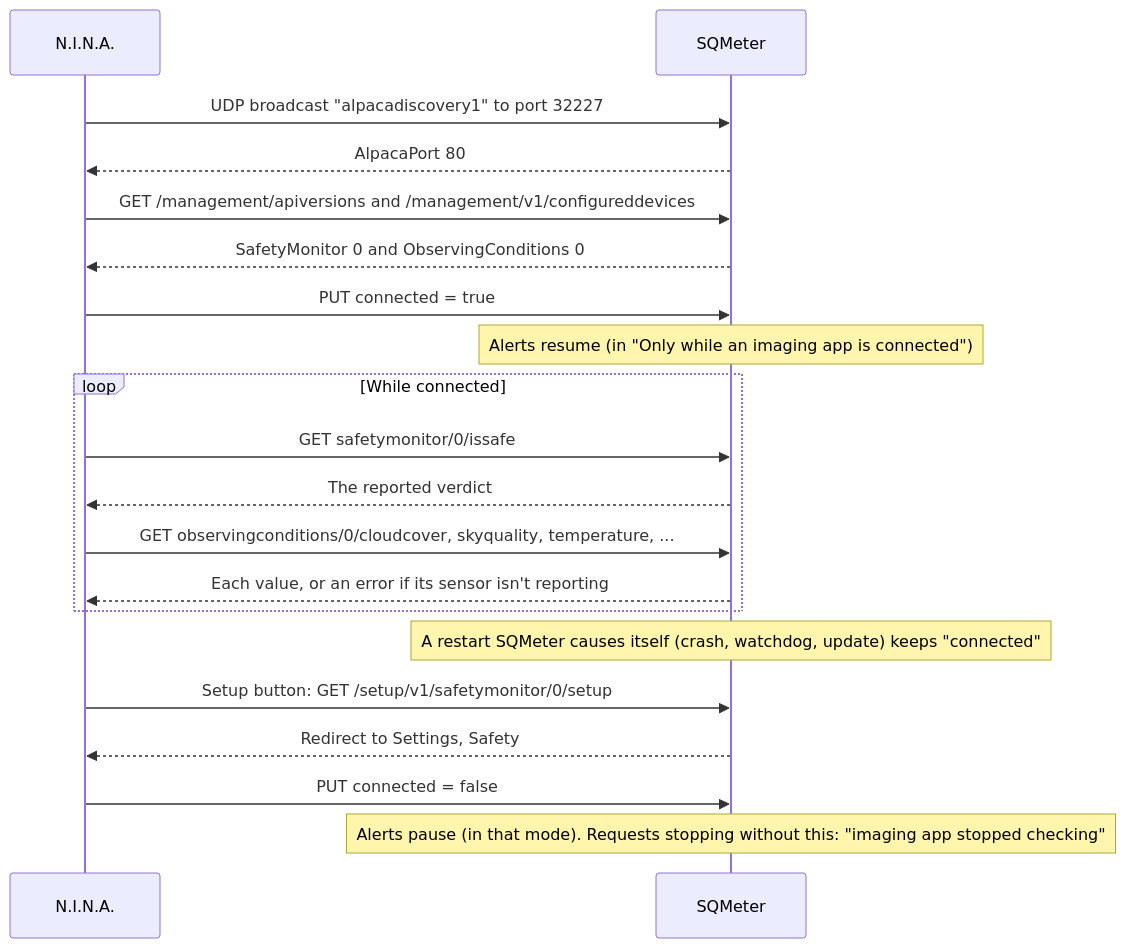
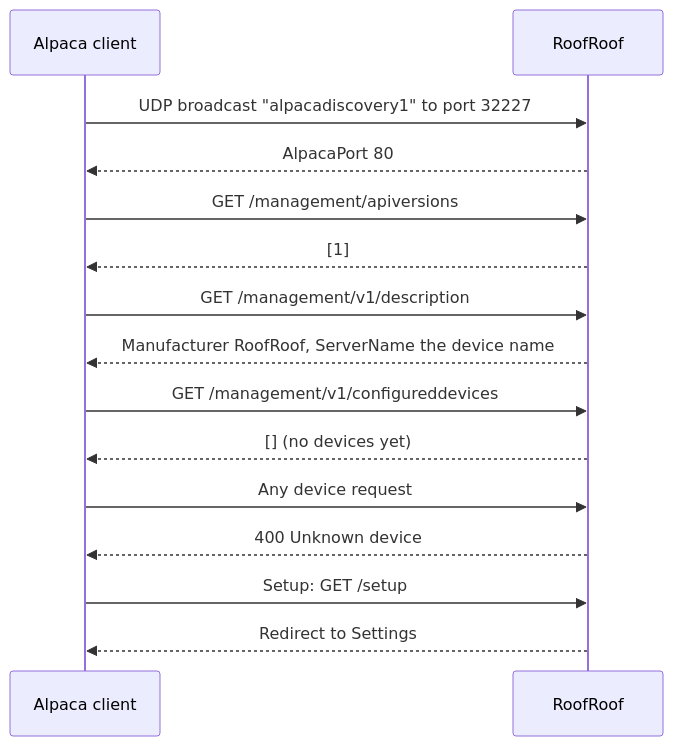
One commit to DeanJ87/RoofRoof changed the diagram in docs/user-guide/alpaca.md. Above: the diagram before and after it, drawn with Mermaid. The commit also changed other lines of this file and 285 other files, not shown here.

First line of the commit message:
001: contract schemas, i18n and checkers, docs and CI, tests and brand for RoofRoof

````diff
--- a/docs/user-guide/alpaca.md
+++ b/docs/user-guide/alpaca.md
@@ -37,24 +34,19 @@
 ```mermaid
 sequenceDiagram
-    accTitle: N.I.N.A. and SQMeter over Alpaca
-    accDescr: N.I.N.A. broadcasts a discovery request on UDP port 32227 and SQMeter answers with its port. N.I.N.A. then lists the devices through the management API, connects, and polls IsSafe and the weather properties. Its Setup button opens SQMeter's safety settings.
-    participant N as N.I.N.A.
-    participant S as SQMeter
-    N->>S: UDP broadcast "alpacadiscovery1" to port 32227
-    S-->>N: AlpacaPort 80
-    N->>S: GET /management/apiversions and /management/v1/configureddevices
-    S-->>N: SafetyMonitor 0 and ObservingConditions 0
-    N->>S: PUT connected = true
-    Note over S: Alerts resume (in "Only while an imaging app is connected")
-    loop While connected
-        N->>S: GET safetymonitor/0/issafe
-        S-->>N: The reported verdict
-        N->>S: GET observingconditions/0/cloudcover, skyquality, temperature, ...
-        S-->>N: Each value, or an error if its sensor isn't reporting
-    end
-    Note over S: A restart SQMeter causes itself (crash, watchdog, update) keeps "connected"
-    N->>S: Setup button: GET /setup/v1/safetymonitor/0/setup
-    S-->>N: Redirect to Settings, Safety
-    N->>S: PUT connected = false
-    Note over S: Alerts pause (in that mode). Requests stopping without this: "imaging app stopped checking"
+    accTitle: An Alpaca client and RoofRoof
+    accDescr: A client broadcasts a discovery request on UDP port 32227 and RoofRoof answers with its port. The client asks the management API and gets an empty device list. A request for any device gets 400 unknown device. The client's Setup button opens the device's Settings page.
+    participant C as Alpaca client
+    participant R as RoofRoof
+    C->>R: UDP broadcast "alpacadiscovery1" to port 32227
+    R-->>C: AlpacaPort 80
+    C->>R: GET /management/apiversions
+    R-->>C: [1]
+    C->>R: GET /management/v1/description
+    R-->>C: Manufacturer RoofRoof, ServerName the device name
+    C->>R: GET /management/v1/configureddevices
+    R-->>C: [] (no devices yet)
+    C->>R: Any device request
+    R-->>C: 400 Unknown device
+    C->>R: Setup: GET /setup
+    R-->>C: Redirect to Settings
 ```
````
